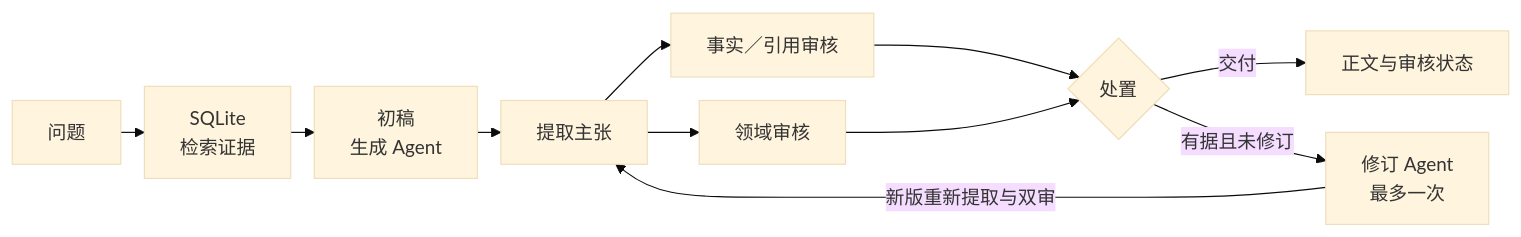
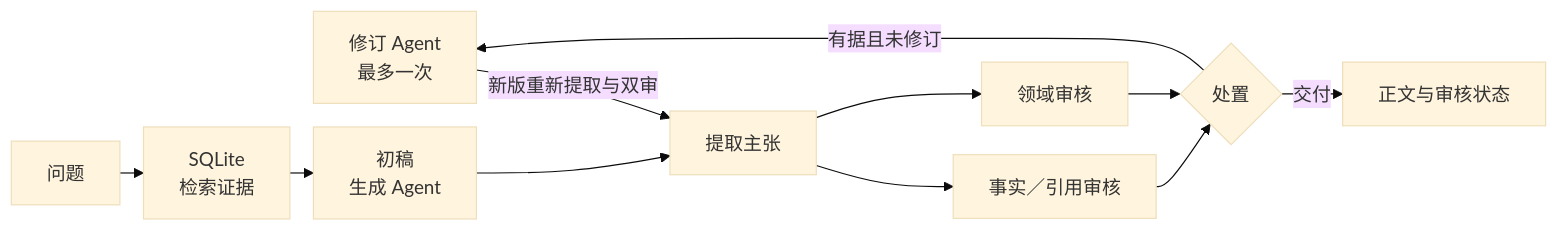
One commit to 7556481/PowerTrustAI changed the diagram in README.md. Above: the diagram before and after it, drawn with Mermaid (base theme).

Commit message:
docs: place revision loop before review to keep controls clear

````diff
--- a/README.md
+++ b/README.md
@@ -7,12 +7,12 @@
 ```mermaid
-%%{init: {"flowchart": {"diagramPadding": 90, "rankSpacing": 20, "nodeSpacing": 20}}}%%
+%%{init: {"flowchart": {"diagramPadding": 24, "rankSpacing": 20, "nodeSpacing": 20}}}%%
 flowchart LR
-    Q[问题] --> E[SQLite<br/>检索证据] --> D[初稿<br/>生成 Agent] --> C[提取主张]
+    V[修订 Agent<br/>最多一次] -->|新版重新提取与双审| C[提取主张]
+    Q[问题] --> E[SQLite<br/>检索证据] --> D[初稿<br/>生成 Agent] --> C
     C --> F[事实／引用审核]
     C --> R[领域审核]
     F --> J{处置}
     R --> J
     J -->|交付| O[正文与审核状态]
-    J -->|有据且未修订| V[修订 Agent<br/>最多一次]
-    V -->|新版重新提取与双审| C
+    J -->|有据且未修订| V
 ```
````
